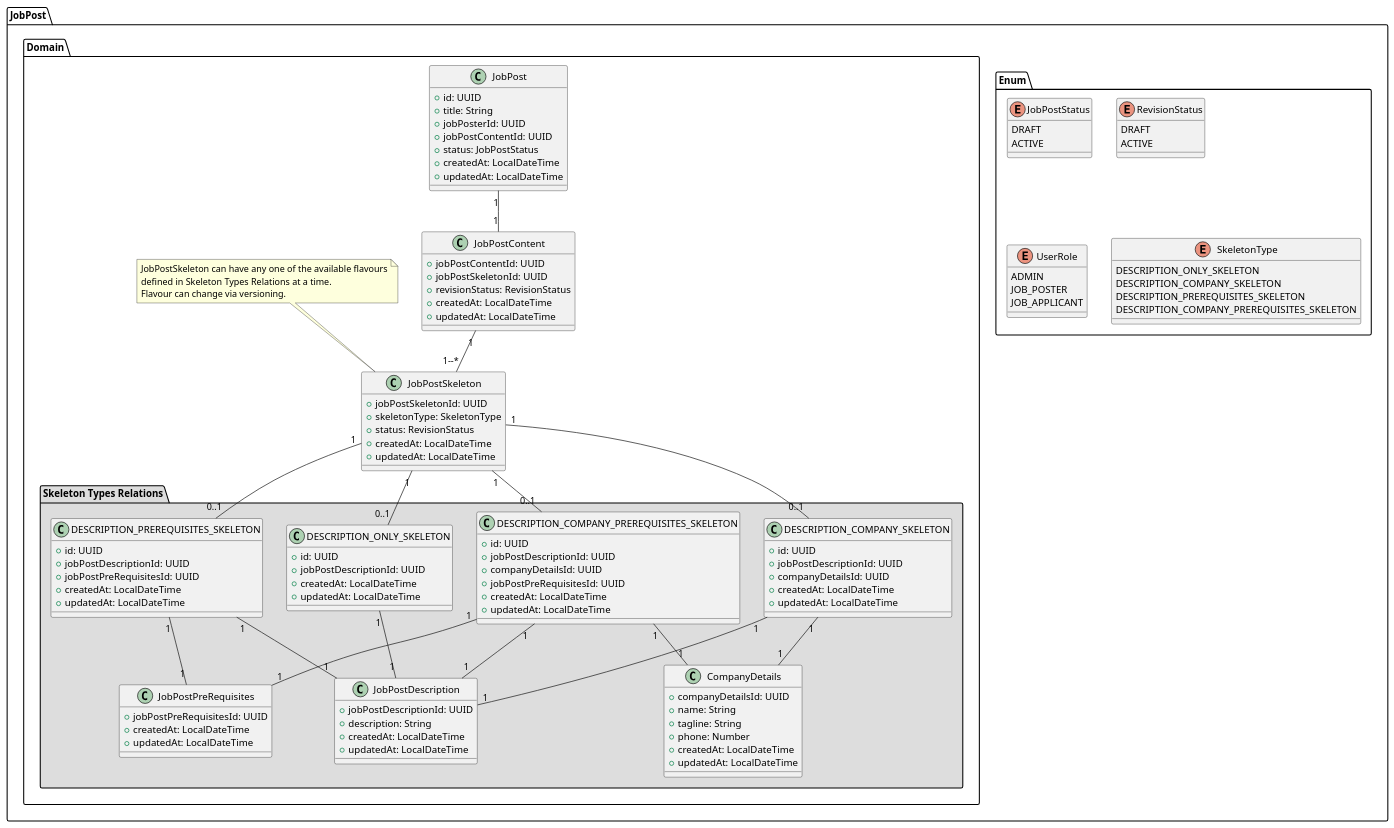
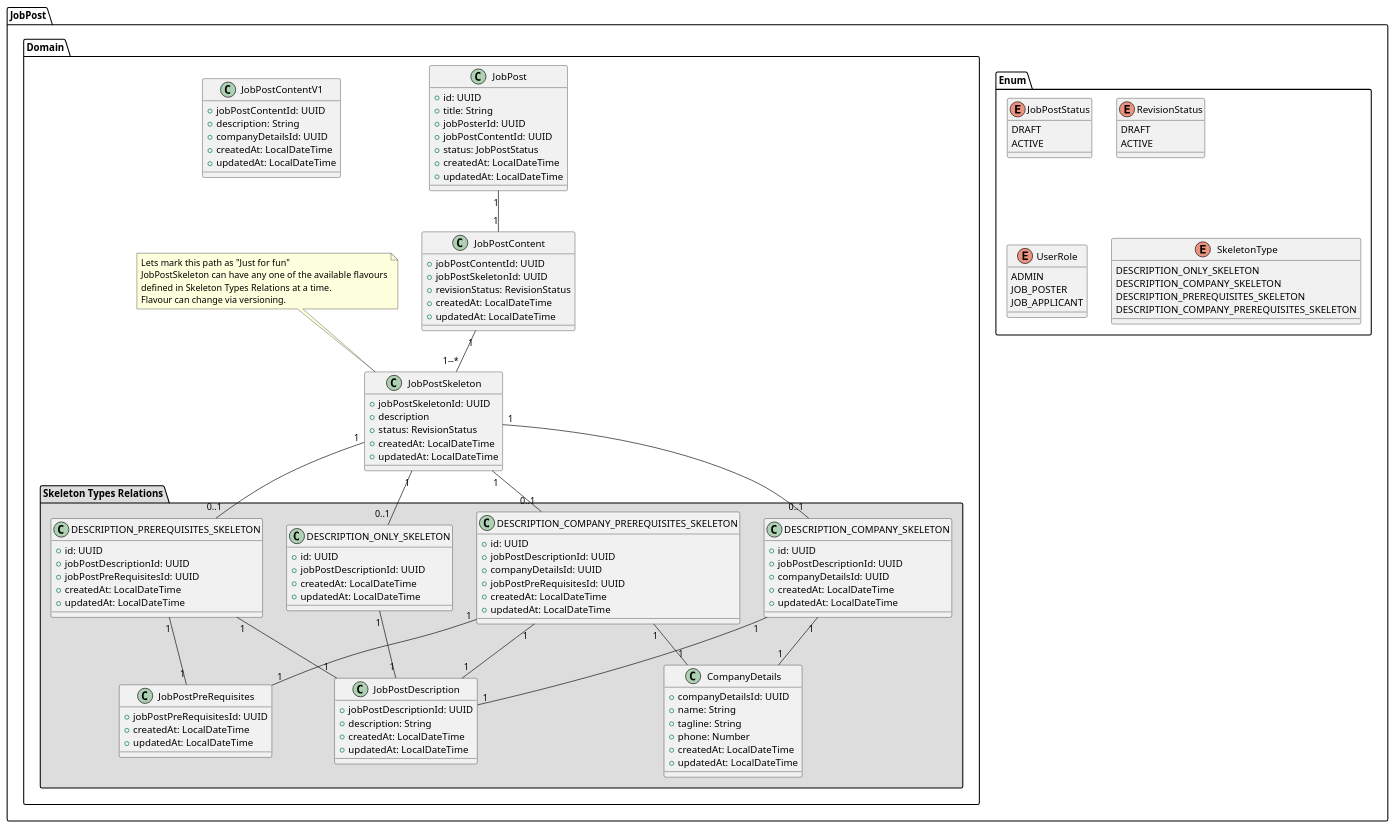
One commit to info-dpv-intelligence/jobpulse changed the diagram in docs/job-service/database-design/job_post.puml. Above: the diagram before and after it, drawn with PlantUML.

Commit message:
docs: tiny update, using JobPostContentV1 to simplify the setup

```diff
--- a/docs/job-service/database-design/job_post.puml
+++ b/docs/job-service/database-design/job_post.puml
@@ -1,124 +1,133 @@
 package "JobPost" {
     package Enum {            
         enum JobPostStatus {
             DRAFT
             ACTIVE
         }
         enum RevisionStatus {
             DRAFT
             ACTIVE
         }
 
         enum UserRole {
             ADMIN
             JOB_POSTER
             JOB_APPLICANT
         }
 
         enum SkeletonType {
             DESCRIPTION_ONLY_SKELETON
             DESCRIPTION_COMPANY_SKELETON
             DESCRIPTION_PREREQUISITES_SKELETON
             DESCRIPTION_COMPANY_PREREQUISITES_SKELETON
         }
     }
     package Domain {
         class JobPost {
             +id: UUID
             +title: String
             +jobPosterId: UUID
             +jobPostContentId: UUID
             +status: JobPostStatus
             +createdAt: LocalDateTime
             +updatedAt: LocalDateTime
         }
 
+        class JobPostContentV1 {
+            +jobPostContentId: UUID
+            +description: String
+            +companyDetailsId: UUID
+            +createdAt: LocalDateTime
+            +updatedAt: LocalDateTime
+        }
+
         class JobPostContent {
             +jobPostContentId: UUID
             +jobPostSkeletonId: UUID
             +revisionStatus: RevisionStatus
             +createdAt: LocalDateTime
             +updatedAt: LocalDateTime
         }
 
         class JobPostSkeleton {
             +jobPostSkeletonId: UUID
-            +skeletonType: SkeletonType
+            +description
             +status: RevisionStatus
             +createdAt: LocalDateTime
             +updatedAt: LocalDateTime
         }
         note top of JobPostSkeleton
+        Lets mark this path as "Just for fun"
         JobPostSkeleton can have any one of the available flavours
         defined in Skeleton Types Relations at a time.
         Flavour can change via versioning.
         end note
 
         package "Skeleton Types Relations" #DDDDDD {
             class DESCRIPTION_ONLY_SKELETON {
                 +id: UUID
                 +jobPostDescriptionId: UUID
                 +createdAt: LocalDateTime
                 +updatedAt: LocalDateTime
             }
             class DESCRIPTION_COMPANY_SKELETON {
                 +id: UUID
                 +jobPostDescriptionId: UUID
                 +companyDetailsId: UUID
                 +createdAt: LocalDateTime
                 +updatedAt: LocalDateTime
             }
             class DESCRIPTION_PREREQUISITES_SKELETON {
                 +id: UUID
                 +jobPostDescriptionId: UUID
                 +jobPostPreRequisitesId: UUID
                 +createdAt: LocalDateTime
                 +updatedAt: LocalDateTime
             }
             class DESCRIPTION_COMPANY_PREREQUISITES_SKELETON {
                 +id: UUID
                 +jobPostDescriptionId: UUID
                 +companyDetailsId: UUID
                 +jobPostPreRequisitesId: UUID
                 +createdAt: LocalDateTime
                 +updatedAt: LocalDateTime
             }
             class JobPostDescription {
                 +jobPostDescriptionId: UUID
                 +description: String
                 +createdAt: LocalDateTime
                 +updatedAt: LocalDateTime
             }
             class CompanyDetails {
                 +companyDetailsId: UUID
                 +name: String
                 +tagline: String
                 +phone: Number
                 +createdAt: LocalDateTime
                 +updatedAt: LocalDateTime
             }
             class JobPostPreRequisites {
                 +jobPostPreRequisitesId: UUID
                 +createdAt: LocalDateTime
                 +updatedAt: LocalDateTime
             }
 
             DESCRIPTION_ONLY_SKELETON "1" -- "1" JobPostDescription 
             DESCRIPTION_COMPANY_SKELETON "1" -- "1" JobPostDescription 
             DESCRIPTION_COMPANY_SKELETON "1" -- "1" CompanyDetails 
             DESCRIPTION_PREREQUISITES_SKELETON "1" -- "1" JobPostDescription 
             DESCRIPTION_PREREQUISITES_SKELETON "1" -- "1" JobPostPreRequisites 
             DESCRIPTION_COMPANY_PREREQUISITES_SKELETON "1" -- "1" JobPostDescription 
             DESCRIPTION_COMPANY_PREREQUISITES_SKELETON "1" -- "1" CompanyDetails 
             DESCRIPTION_COMPANY_PREREQUISITES_SKELETON "1" -- "1" JobPostPreRequisites 
             }
 
         JobPost "1" -- "1" JobPostContent
         JobPostContent "1" -- "1--*" JobPostSkeleton
 
         JobPostSkeleton "1" -- "0..1" DESCRIPTION_ONLY_SKELETON
         JobPostSkeleton "1" -- "0..1" DESCRIPTION_COMPANY_SKELETON
         JobPostSkeleton "1" -- "0..1" DESCRIPTION_PREREQUISITES_SKELETON
         JobPostSkeleton "1" -- "0..1" DESCRIPTION_COMPANY_PREREQUISITES_SKELETON
     }
 }
```
